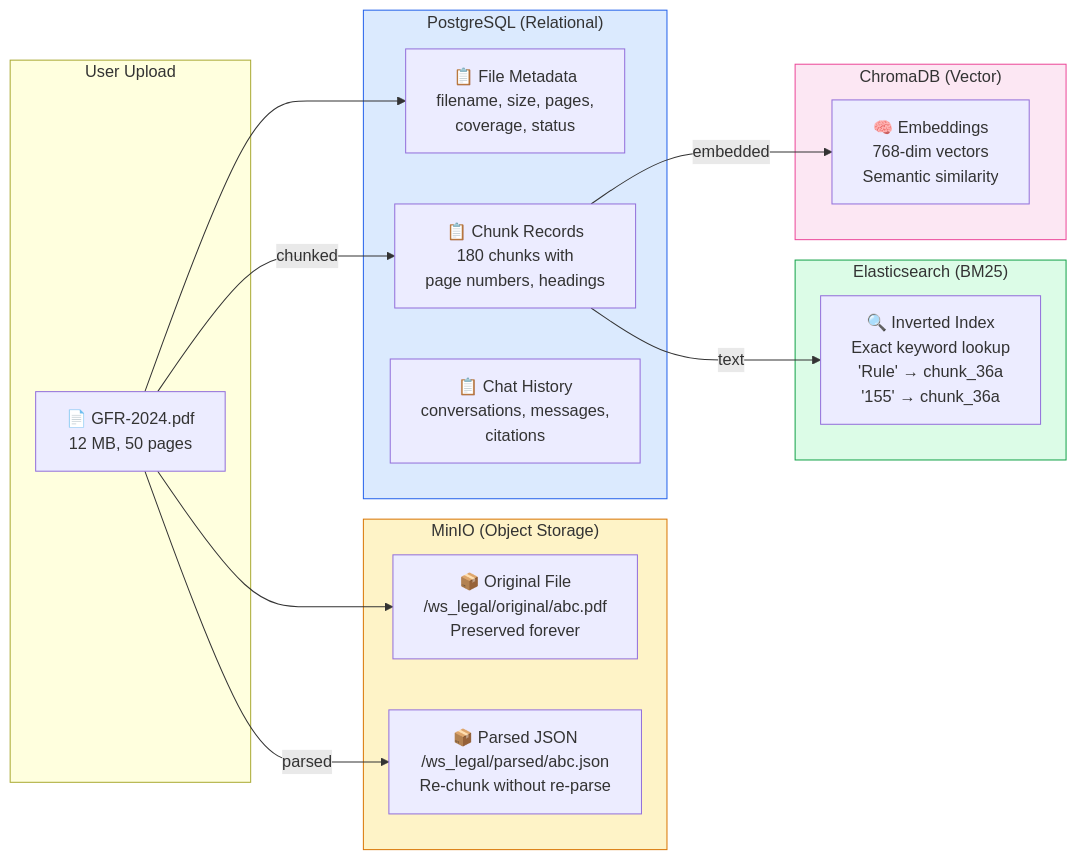
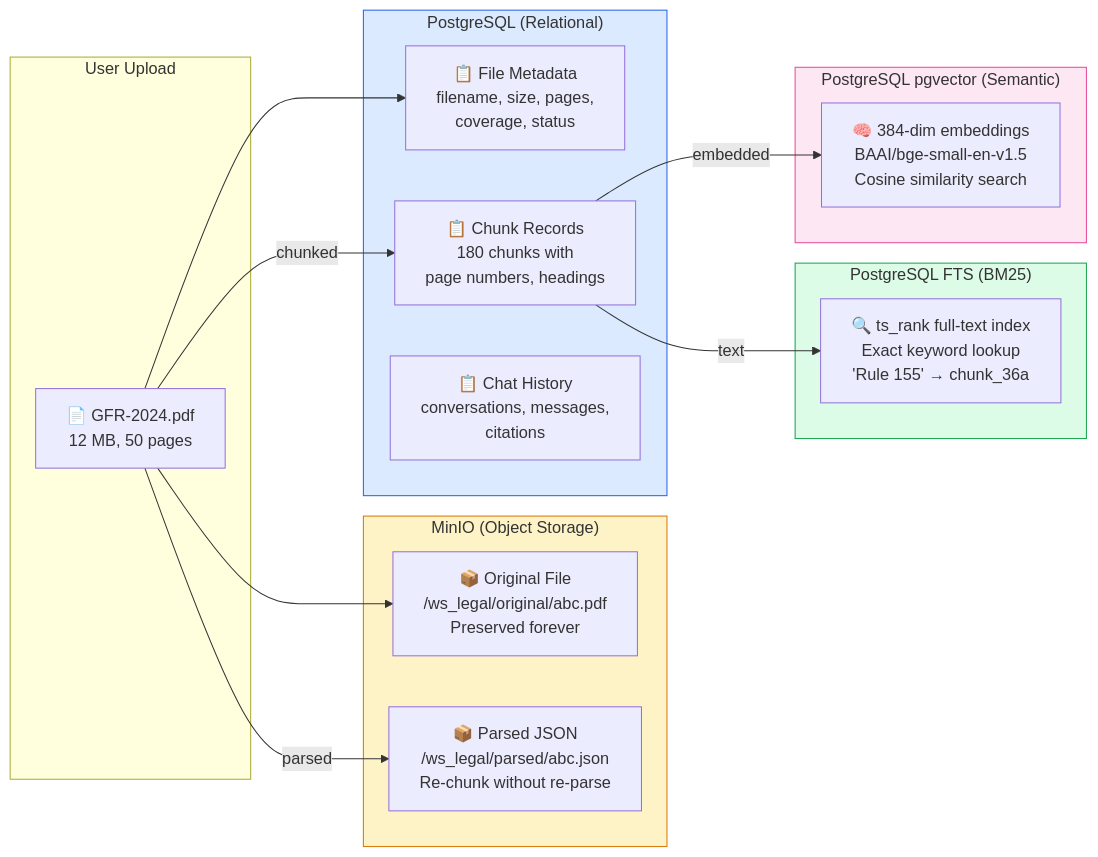
One commit to Tapudp/docqa changed diagram 14 of 15 in npuden-docqa-visual-architecture.md. Above: the diagram before and after it, drawn with Mermaid. The commit also changed other lines of this file and 5 other files, not shown here.

````diff
--- a/npuden-docqa-visual-architecture.md
+++ b/npuden-docqa-visual-architecture.md
@@ -726,37 +722,37 @@
 ```mermaid
 flowchart LR
     subgraph Upload["User Upload"]
         FILE["📄 GFR-2024.pdf<br/>12 MB, 50 pages"]
     end
 
     subgraph MinIO["MinIO (Object Storage)"]
         ORIG["📦 Original File<br/>/ws_legal/original/abc.pdf<br/>Preserved forever"]
         PARSED["📦 Parsed JSON<br/>/ws_legal/parsed/abc.json<br/>Re-chunk without re-parse"]
     end
 
     subgraph PostgreSQL["PostgreSQL (Relational)"]
         META["📋 File Metadata<br/>filename, size, pages,<br/>coverage, status"]
         CHUNKS["📋 Chunk Records<br/>180 chunks with<br/>page numbers, headings"]
         HISTORY["📋 Chat History<br/>conversations, messages,<br/>citations"]
     end
 
-    subgraph Elasticsearch["Elasticsearch (BM25)"]
-        BM25["🔍 Inverted Index<br/>Exact keyword lookup<br/>'Rule' → chunk_36a<br/>'155' → chunk_36a"]
+    subgraph PostgreSQLFTS["PostgreSQL FTS (BM25)"]
+        BM25["🔍 ts_rank full-text index<br/>Exact keyword lookup<br/>'Rule 155' → chunk_36a"]
     end
 
-    subgraph ChromaDB["ChromaDB (Vector)"]
-        VEC["🧠 Embeddings<br/>768-dim vectors<br/>Semantic similarity"]
+    subgraph PGVector["PostgreSQL pgvector (Semantic)"]
+        VEC["🧠 384-dim embeddings<br/>BAAI/bge-small-en-v1.5<br/>Cosine similarity search"]
     end
 
     FILE --> ORIG
     FILE -->|parsed| PARSED
     FILE --> META
     FILE -->|chunked| CHUNKS
     CHUNKS -->|text| BM25
     CHUNKS -->|embedded| VEC
 
     style MinIO fill:#fef3c7,stroke:#d97706
     style PostgreSQL fill:#dbeafe,stroke:#2563eb
-    style Elasticsearch fill:#dcfce7,stroke:#16a34a
-    style ChromaDB fill:#fce7f3,stroke:#ec4899
+    style PostgreSQLFTS fill:#dcfce7,stroke:#16a34a
+    style PGVector fill:#fce7f3,stroke:#ec4899
 ```
````
